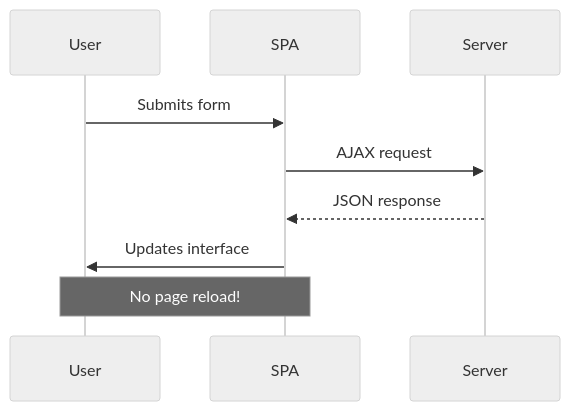
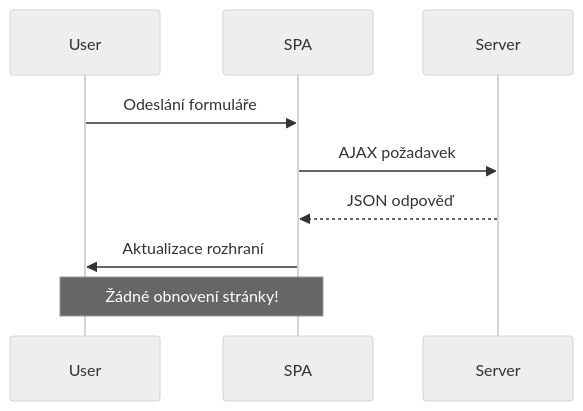
The fifth of 9 diagrams in translations/cs/7-bank-project/2-forms/README.md (microsoft/Web-Dev-For-Beginners), drawn with Mermaid (neutral theme) before and after one commit. The commit also changed other lines of this file and 99 other files, not shown here.

````diff
--- a/translations/cs/7-bank-project/2-forms/README.md
+++ b/translations/cs/7-bank-project/2-forms/README.md
@@ -326,13 +385,13 @@
 ```mermaid
 sequenceDiagram
     participant User
     participant SPA
     participant Server
     
-    User->>SPA: Submits form
-    SPA->>Server: AJAX request
-    Server-->>SPA: JSON response
-    SPA->>User: Updates interface
+    User->>SPA: Odeslání formuláře
+    SPA->>Server: AJAX požadavek
+    Server-->>SPA: JSON odpověď
+    SPA->>User: Aktualizace rozhraní
     
-    Note over User,SPA: No page reload!
+    Note over User,SPA: Žádné obnovení stránky!
 ```
````
